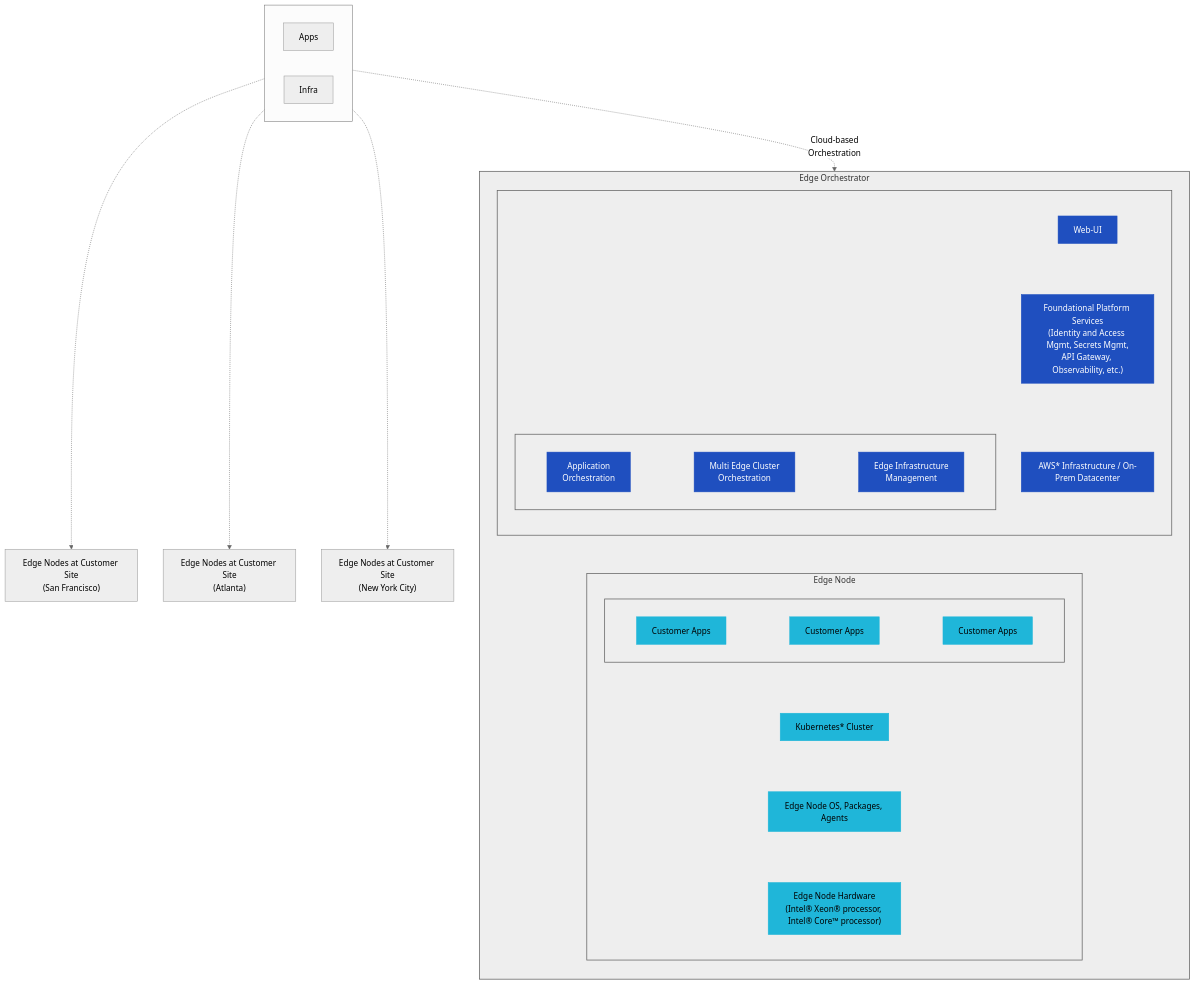
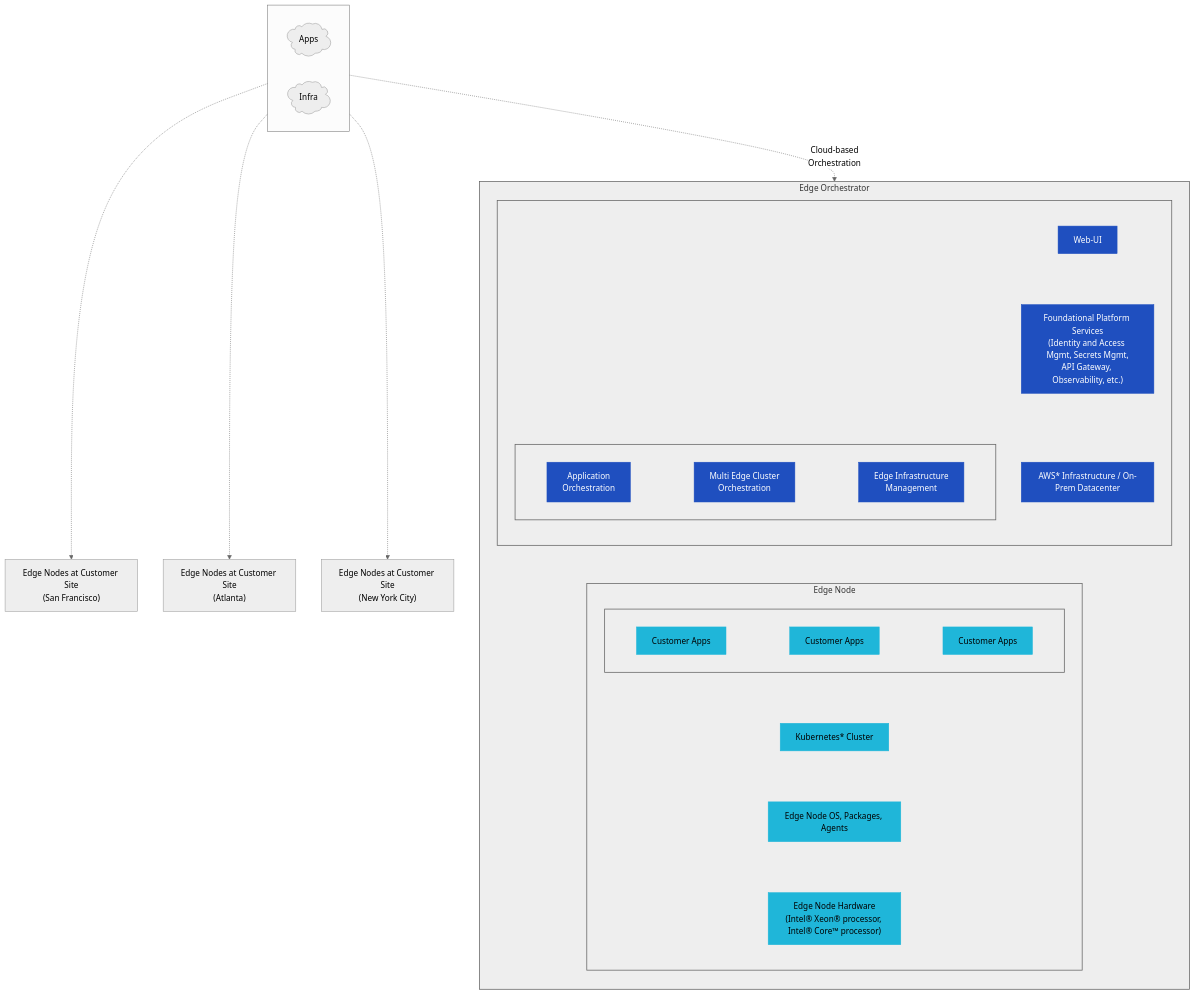
One commit to open-edge-platform/edge-manageability-framework changed the third of 3 diagrams in John.md. Above: the diagram before and after it, drawn with Mermaid (neutral theme). The commit also changed other lines of this file, not shown here.

````diff
--- a/John.md
+++ b/John.md
@@ -16,76 +19,76 @@
 ```mermaid
 flowchart TD
 
     %% LEFT: Cloud
     subgraph Cloud[" "]
-        Apps[Apps]
-        Infra[Infra]
+    APPS@{ shape: cloud, label: "Apps"  }
+    Infra@{ shape: cloud, label: "Infra"  }
     end
 
     %% EDGE SITES
     SF["Edge Nodes at Customer Site<br>(San Francisco)"]
     ATL["Edge Nodes at Customer Site<br>(Atlanta)"]
     NYC["Edge Nodes at Customer Site<br>(New York City)"]
 
     Cloud -.-> SF
     Cloud -.-> ATL
     Cloud -.-> NYC
 
     %% RIGHT SIDE
     subgraph EO["Edge Orchestrator"]
         direction TB
         subgraph Orch[" "]
         direction TB
         WebUI[Web-UI]
 
         subgraph OrchestrationLayer[" "]
             direction LR
             AppOrch["Application<br>Orchestration"] ~~~
             ClusterOrch["Multi Edge Cluster<br>Orchestration"] ~~~
             InfraMgmt["Edge Infrastructure<br>Management"] 
         end
 
         Platform["Foundational Platform Services<br/>(Identity and Access Mgmt, Secrets Mgmt,<br/>API Gateway, Observability, etc.)"]
 
         AWS[AWS* Infrastructure / On-Prem Datacenter]
 end
         %% EDGE NODE
 
         subgraph EdgeNode["Edge Node"]
             direction TB
             subgraph AppsRow[" "]
                 direction LR
                 CA1[Customer Apps] ~~~
                 CA2[Customer Apps] ~~~
                 CA3[Customer Apps]
             end
 
             K8s[Kubernetes* Cluster]
             OS[Edge Node OS, Packages, Agents]
             HW["Edge Node Hardware<br/>(Intel® Xeon® processor, Intel® Core™ processor)"]
 
             %% Invisible ordering inside Edge Node
             AppsRow ~~~ K8s
             K8s ~~~ OS
             OS ~~~ HW
         end
         %% Invisible ordering inside EO
         WebUI ~~~ Orch
         Orch ~~~ Platform
         Platform ~~~ AWS
         AWS ~~~ EdgeNode
     end
 
 
     Cloud -.-> |"Cloud-based<br>Orchestration"|EO
 
 
     %% Styling
     classDef grey fill:#eeeeee,stroke:#666,stroke-width:1.5px
     classDef blue fill:#1f4fbf,color:#fff,stroke:#1f4fbf;
     classDef lightblue fill:#1fb6d9,color:#000,stroke:#1fb6d9;
 
     class EO,EdgeNode,AppsRow,Orch,OrchestrationLayer grey;
     class WebUI,AppOrch,ClusterOrch,InfraMgmt,Platform,AWS blue;
     class CA1,CA2,CA3,K8s,OS,HW lightblue;
 ```
````
